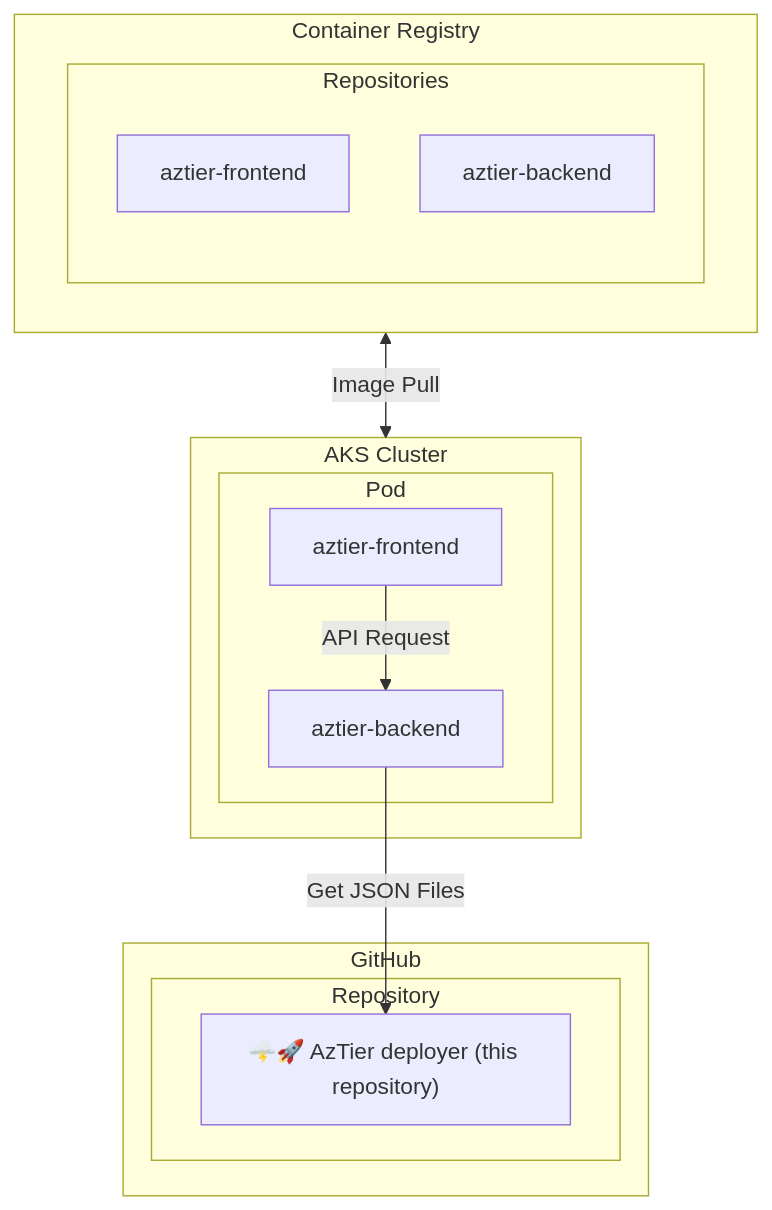
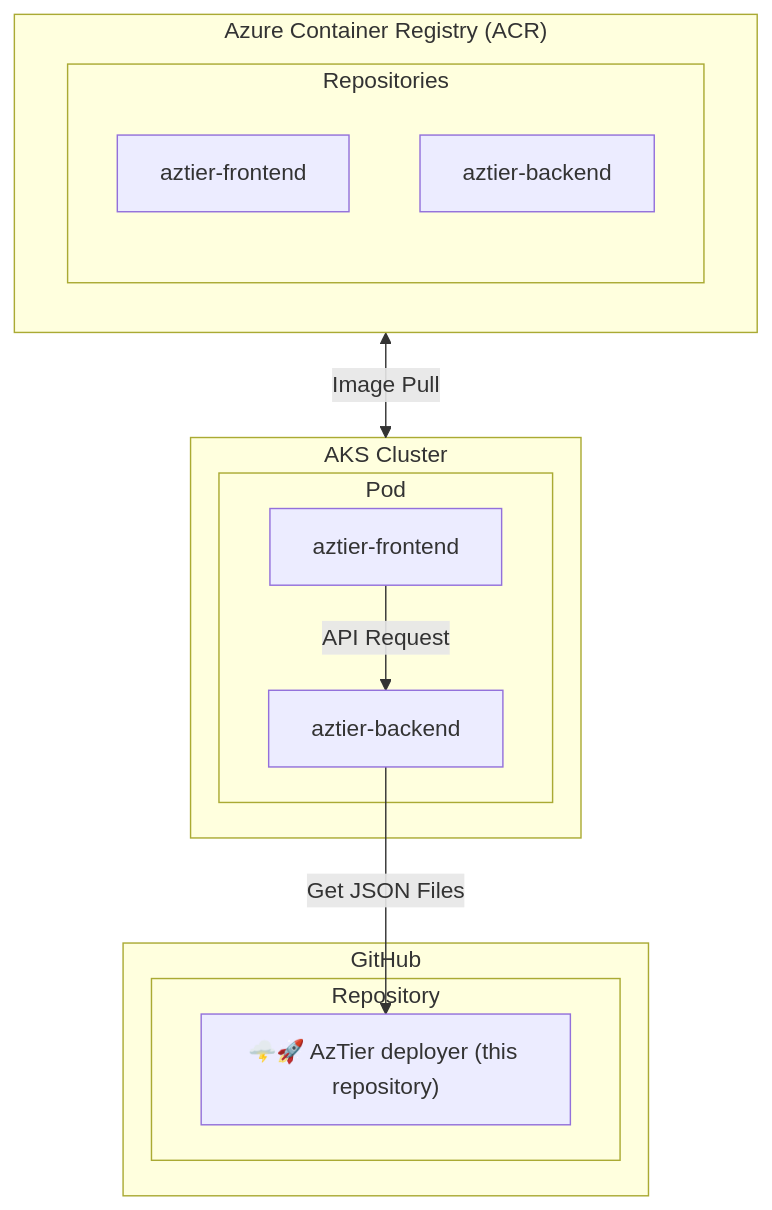
One commit to emiliensocchi/aztier-deployer changed the diagram in docs/wiki/architecture.md. Above: the diagram before and after it, drawn with Mermaid. The commit also changed other lines of this file and 6 other files, not shown here.

````diff
--- a/docs/wiki/architecture.md
+++ b/docs/wiki/architecture.md
@@ -36,26 +36,26 @@
 ```mermaid
 flowchart TD
-    subgraph ContainerRegistry["Container Registry"]
+    subgraph ContainerRegistry["Azure Container Registry (ACR)"]
         subgraph registry_repo_box["Repositories"]
             registry_frontend["aztier-frontend"]
             registry_backend["aztier-backend"]
         end
     end
 
     subgraph GitHub["GitHub"]
         subgraph github_repo_box["Repository"]
             github_repo["🌩️🚀 AzTier deployer (this repository)"]
         end
     end
 
     subgraph K8S["AKS Cluster"]
         subgraph Pod["Pod"]
             frontend[aztier-frontend]
             backend[aztier-backend]
         end
     end
 
     ContainerRegistry -- "Image Pull" <--> K8S
     backend -- "Get JSON Files" --> github_repo
     frontend -- API Request --> backend
 ```
````
